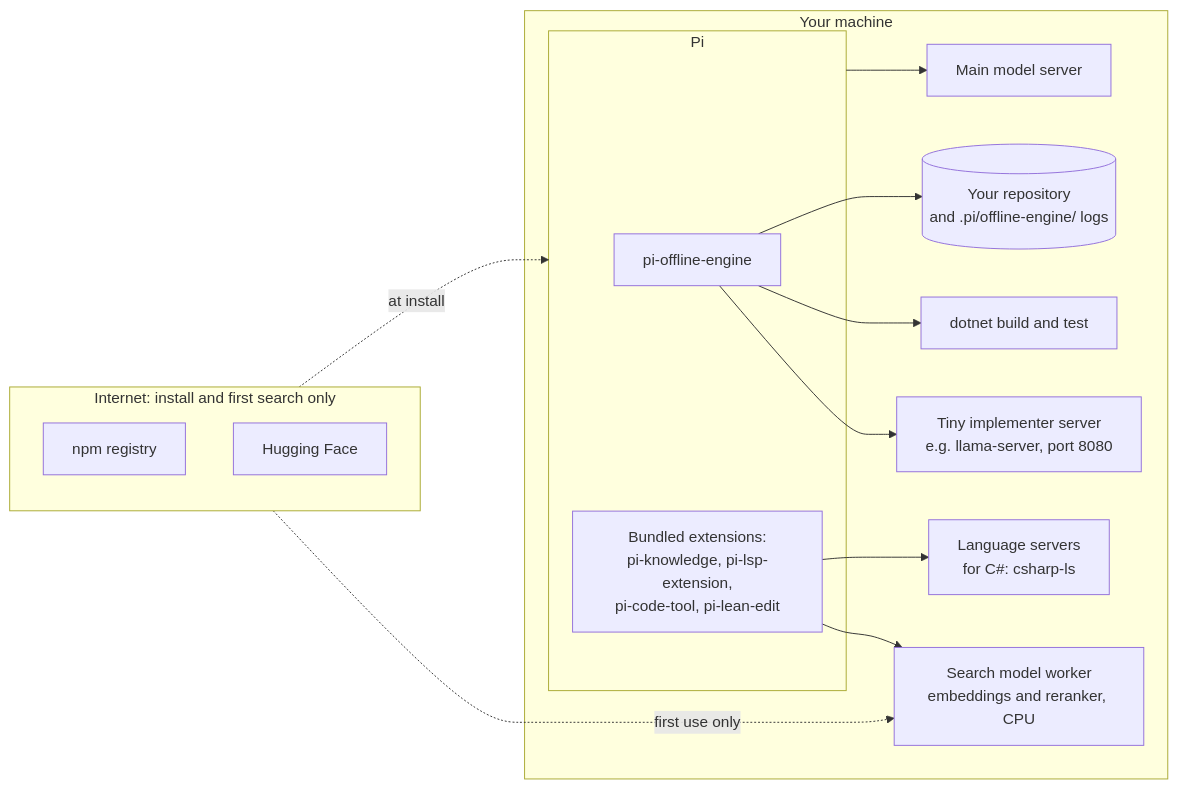
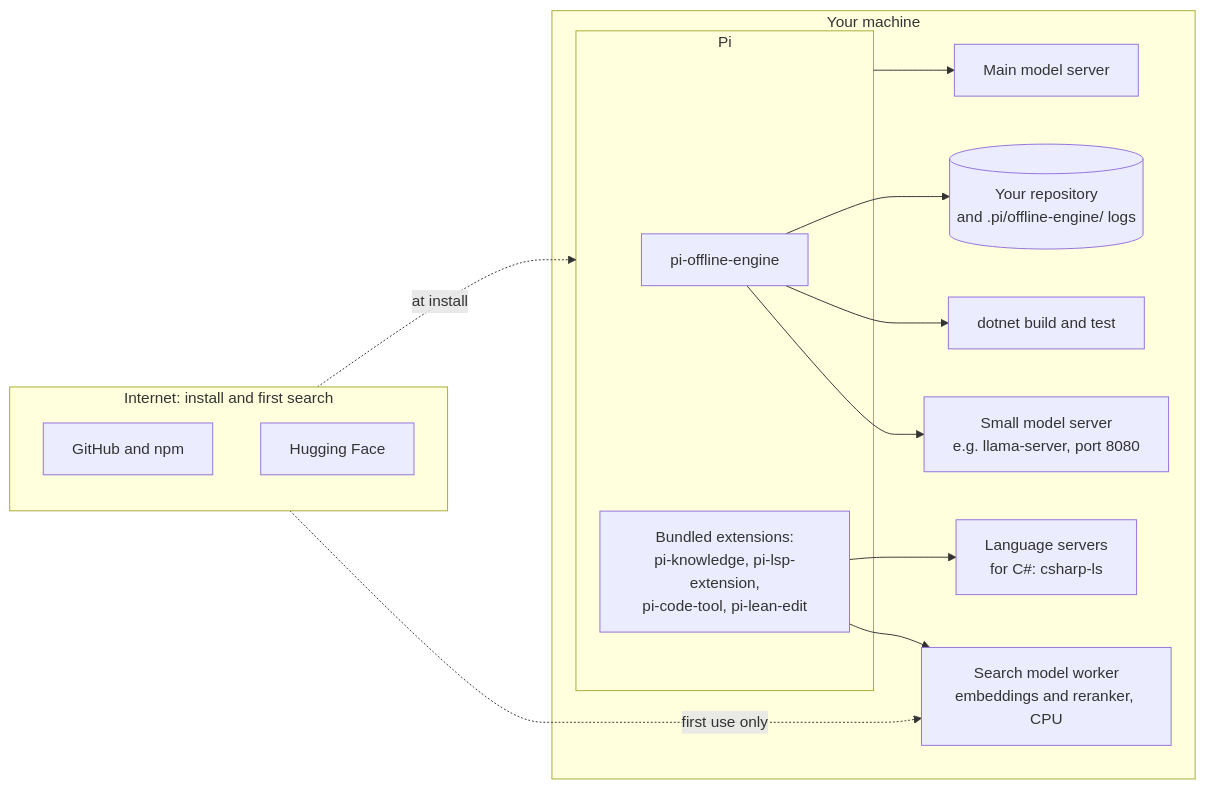
One commit to AndrewMoryakov/pi-offline-engine changed the second of 3 diagrams in README.md. Above: the diagram before and after it, drawn with Mermaid. The commit also changed other lines of this file and 1 other file, not shown here.

````diff
--- a/README.md
+++ b/README.md
@@ -95,29 +98,29 @@
 ```mermaid
 flowchart LR
-    subgraph net["Internet: install and first search only"]
+    subgraph net["Internet: install and first search"]
         direction TB
-        npm["npm registry"]
+        npm["GitHub and npm"]
         hf["Hugging Face"]
     end
     subgraph machine["Your machine"]
         subgraph pi["Pi"]
             engine["pi-offline-engine"]
             ext["Bundled extensions:<br/>pi-knowledge, pi-lsp-extension,<br/>pi-code-tool, pi-lean-edit"]
         end
         main["Main model server"]
-        tiny["Tiny implementer server<br/>e.g. llama-server, port 8080"]
+        tiny["Small model server<br/>e.g. llama-server, port 8080"]
         dotnet["dotnet build and test"]
         files[("Your repository<br/>and .pi/offline-engine/ logs")]
         worker["Search model worker<br/>embeddings and reranker, CPU"]
         lsp["Language servers<br/>for C#: csharp-ls"]
     end
 
     pi --> main
     engine --> tiny
     engine --> dotnet
     engine --> files
     ext --> worker
     ext --> lsp
     npm -. "at install" .-> pi
     hf -. "first use only" .-> worker
 ```
````
